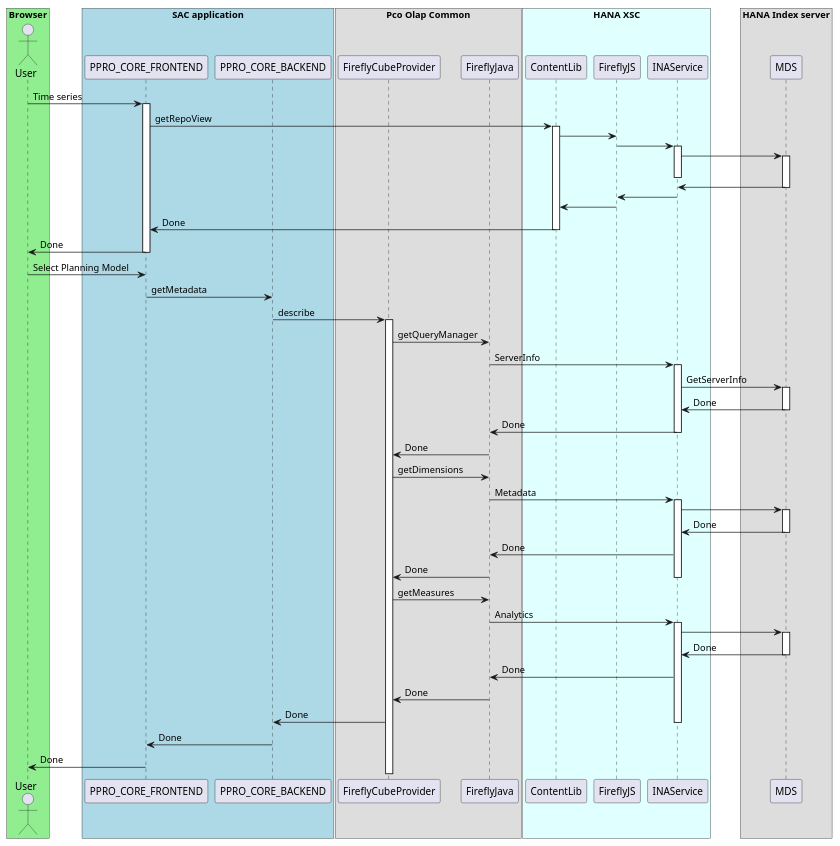
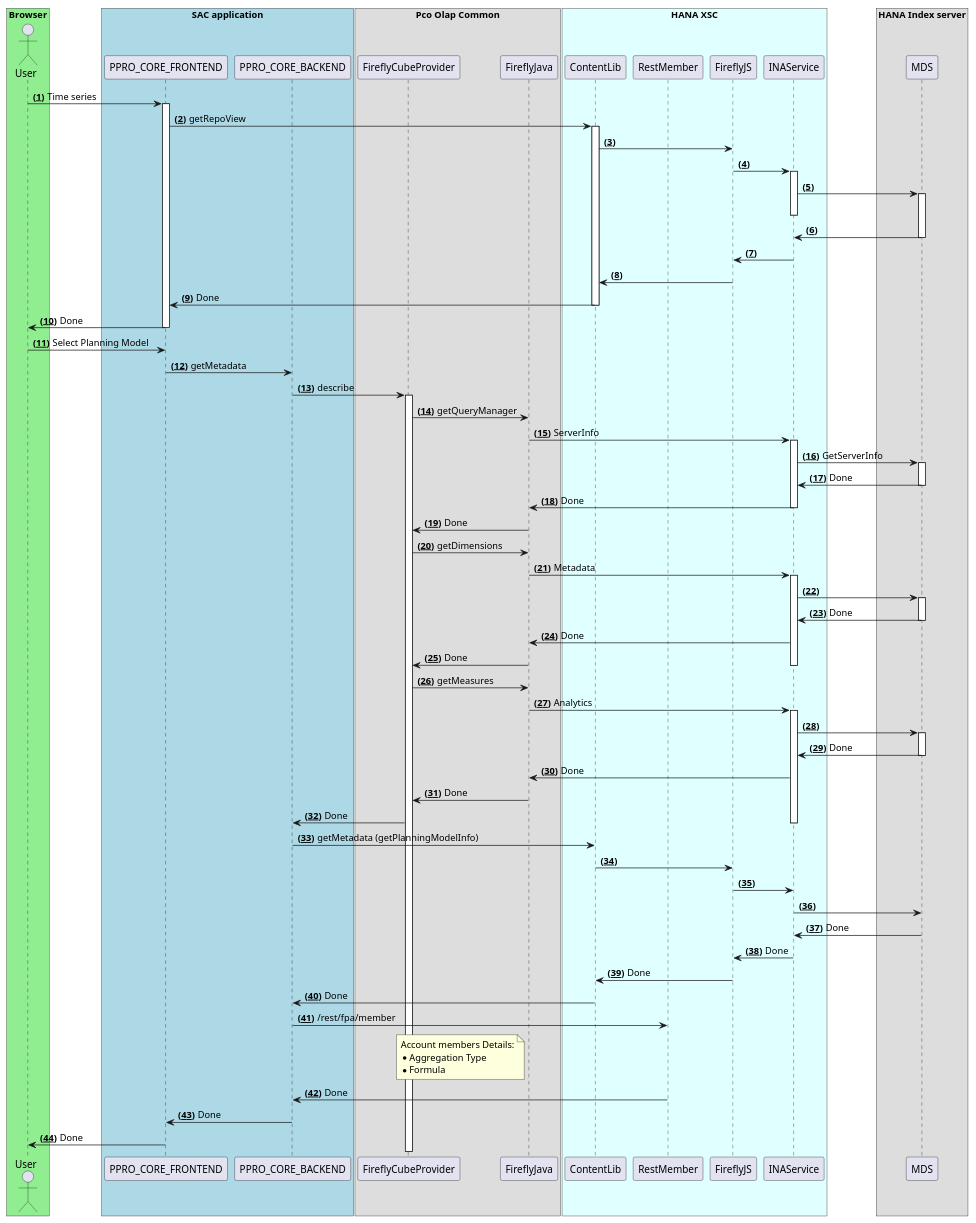
One commit to loutfinadir/uml changed the diagram in predictive_scenarion_settings.wsd. Above: the diagram before and after it, drawn with PlantUML.

Commit message:
add getMetadata

```diff
--- a/predictive_scenarion_settings.wsd
+++ b/predictive_scenarion_settings.wsd
@@ -3,101 +3,118 @@
 @startuml
-
+autonumber "<b>(<u>##</u>)"
 actor User
 User -> PPRO_CORE_FRONTEND:Time series
 activate PPRO_CORE_FRONTEND
 box "Browser" #LightGreen
 participant User
 end box
 
 box "SAC application" #LightBlue
 participant PPRO_CORE_FRONTEND
 participant PPRO_CORE_BACKEND
 end box
 
 box "Pco Olap Common"
 participant FireflyCubeProvider
 participant FireflyJava
 end box
 
 PPRO_CORE_FRONTEND -> ContentLib: getRepoView
 box "HANA XSC" #LightCyan
 participant ContentLib
+participant RestMember
 participant FireflyJS
 participant INAService
 end box
 
 activate ContentLib
 
 ContentLib -> FireflyJS
 FireflyJS -> INAService
 activate INAService
 
 
 box "HANA Index server"
 participant MDS
 end box
 INAService -> MDS
 activate MDS
 deactivate INAService
 MDS->INAService
 deactivate MDS
 INAService -> FireflyJS
 
 FireflyJS -> ContentLib
 
 ContentLib -> PPRO_CORE_FRONTEND: Done
 deactivate ContentLib
 
 
 
 PPRO_CORE_FRONTEND -> User: Done
 deactivate PPRO_CORE_FRONTEND
 
 User -> PPRO_CORE_FRONTEND: Select Planning Model
 
 PPRO_CORE_FRONTEND -> PPRO_CORE_BACKEND: getMetadata
 
 PPRO_CORE_BACKEND -> FireflyCubeProvider: describe
 activate FireflyCubeProvider
 
 FireflyCubeProvider -> FireflyJava: getQueryManager
 
 FireflyJava -> INAService: ServerInfo
 activate INAService
 INAService -> MDS: GetServerInfo
 activate MDS
 MDS -> INAService: Done
 deactivate MDS
 INAService  -> FireflyJava: Done
 deactivate INAService
 FireflyJava -> FireflyCubeProvider: Done
 deactivate INAService
 
 FireflyCubeProvider -> FireflyJava: getDimensions
 FireflyJava -> INAService: Metadata
 activate INAService
 INAService -> MDS
 activate MDS
 MDS -> INAService: Done
 deactivate MDS
 INAService -> FireflyJava: Done
 FireflyJava -> FireflyCubeProvider: Done
 deactivate INAService
 
 FireflyCubeProvider -> FireflyJava: getMeasures
 FireflyJava -> INAService: Analytics
 activate INAService
 INAService -> MDS
 activate MDS
 MDS -> INAService: Done
 deactivate MDS
 INAService -> FireflyJava: Done
 FireflyJava -> FireflyCubeProvider: Done
 
 FireflyCubeProvider -> PPRO_CORE_BACKEND: Done
 deactivate INAService
 
+PPRO_CORE_BACKEND -> ContentLib: getMetadata (getPlanningModelInfo)
+ContentLib -> FireflyJS
+FireflyJS  -> INAService
+INAService -> MDS
+MDS -> INAService: Done
+INAService -> FireflyJS: Done
+FireflyJS -> ContentLib: Done
+ContentLib -> PPRO_CORE_BACKEND: Done
+
+PPRO_CORE_BACKEND -> RestMember: /rest/fpa/member
+note left FireflyJava
+Account members Details:
+* Aggregation Type
+* Formula
+end note
+RestMember -> PPRO_CORE_BACKEND: Done
 
 PPRO_CORE_BACKEND -> PPRO_CORE_FRONTEND: Done
 PPRO_CORE_FRONTEND -> User: Done
 @enduml
```
